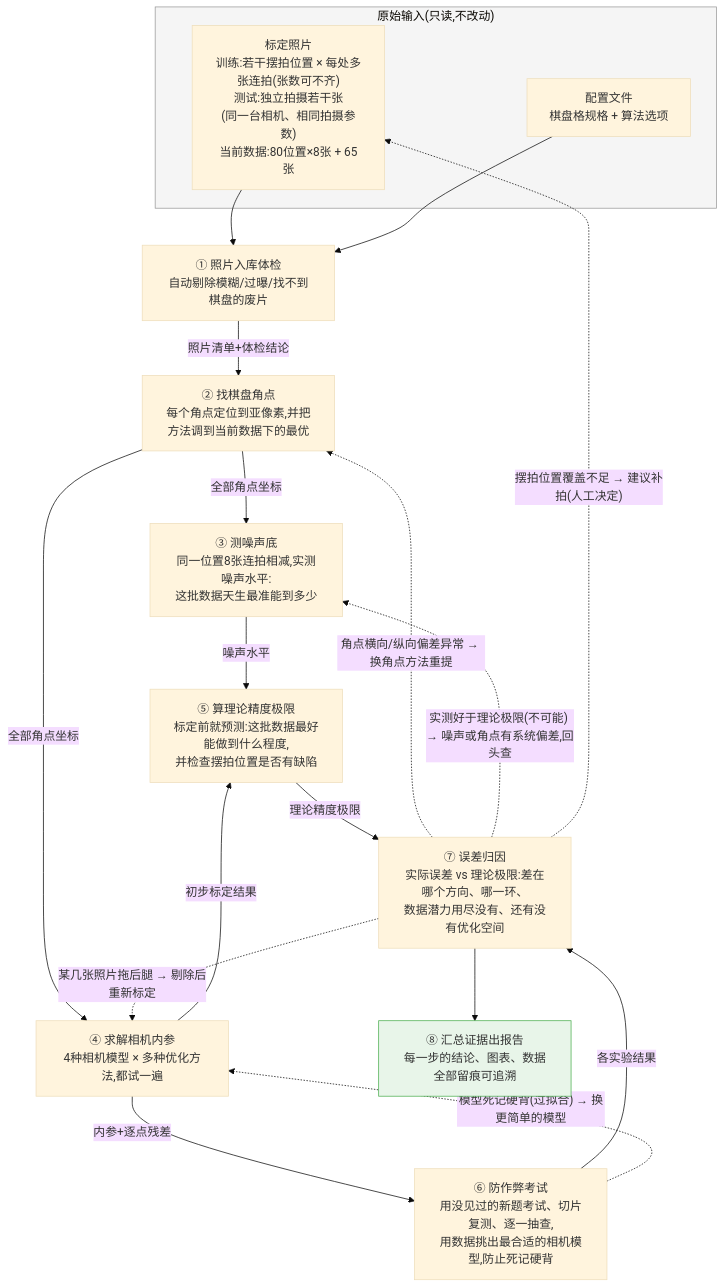
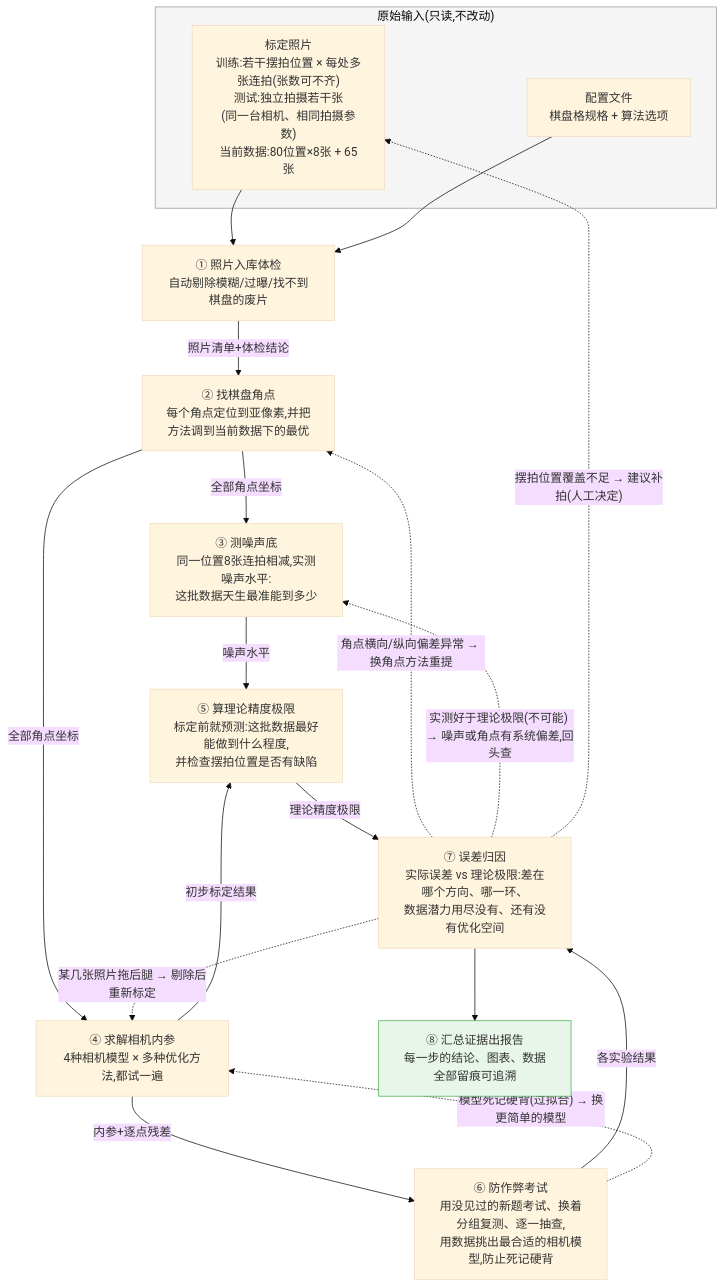
The diagram in docs/pipeline.md (bayueyaoshao/intrinsic-calibration), drawn with Mermaid (base theme) before and after one commit. The commit also changed 1 other file, not shown here.

Commit message:
docs: plain-language wording across planning docs and pipeline

````diff
--- a/docs/pipeline.md
+++ b/docs/pipeline.md
@@ -8,37 +8,37 @@
 ```mermaid
 flowchart TD
     subgraph IN["原始输入(只读,不改动)"]
         DATA["标定照片<br/>训练:若干摆拍位置 × 每处多张连拍(张数可不齐)<br/>测试:独立拍摄若干张<br/>(同一台相机、相同拍摄参数)<br/>当前数据:80位置×8张 + 65张"]
         CFG["配置文件<br/>棋盘格规格 + 算法选项"]
     end
 
     ING["① 照片入库体检<br/>自动剔除模糊/过曝/找不到棋盘的废片"]
     COR["② 找棋盘角点<br/>每个角点定位到亚像素,并把方法调到当前数据下的最优"]
     NOI["③ 测噪声底<br/>同一位置8张连拍相减,实测噪声水平:<br/>这批数据天生最准能到多少"]
     CAL["④ 求解相机内参<br/>4种相机模型 × 多种优化方法,都试一遍"]
     FSH["⑤ 算理论精度极限<br/>标定前就预测:这批数据最好能做到什么程度,<br/>并检查摆拍位置是否有缺陷"]
-    EVA["⑥ 防作弊考试<br/>用没见过的新题考试、切片复测、逐一抽查,<br/>用数据挑出最合适的相机模型,防止死记硬背"]
+    EVA["⑥ 防作弊考试<br/>用没见过的新题考试、换着分组复测、逐一抽查,<br/>用数据挑出最合适的相机模型,防止死记硬背"]
     ANA["⑦ 误差归因<br/>实际误差 vs 理论极限:差在哪个方向、哪一环、<br/>数据潜力用尽没有、还有没有优化空间"]
     REP["⑧ 汇总证据出报告<br/>每一步的结论、图表、数据全部留痕可追溯"]
 
     DATA --> ING
     CFG --> ING
     ING -->|"照片清单+体检结论"| COR
     COR -->|"全部角点坐标"| NOI
     COR -->|"全部角点坐标"| CAL
     NOI -->|"噪声水平"| FSH
     CAL -->|"初步标定结果"| FSH
     FSH -->|"理论精度极限"| ANA
     CAL -->|"内参+逐点残差"| EVA
     EVA -->|"各实验结果"| ANA
     ANA --> REP
 
     ANA -. "某几张照片拖后腿 → 剔除后重新标定" .-> CAL
     ANA -. "角点横向/纵向偏差异常 → 换角点方法重提" .-> COR
     ANA -. "实测好于理论极限(不可能) → 噪声或角点有系统偏差,回头查" .-> NOI
     EVA -. "模型死记硬背(过拟合) → 换更简单的模型" .-> CAL
     ANA -. "摆拍位置覆盖不足 → 建议补拍(人工决定)" .-> DATA
 
     style IN fill:#f5f5f5,stroke:#999
     style REP fill:#e8f5e9,stroke:#4caf50
 ```
````
